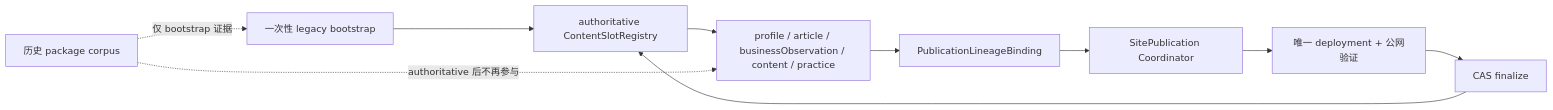
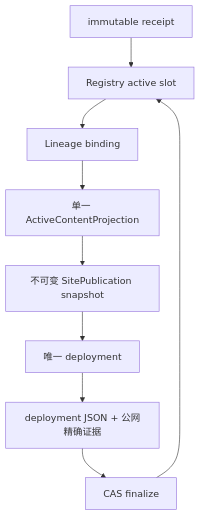
One commit to Chizheng4/xingbuild changed the second of 2 diagrams in docs/iterations/current.md. Above: the diagram before and after it, drawn with Mermaid. The commit also changed other lines of this file and 11 other files, not shown here.

Commit message:
fix: unify receipt and active content projection identity

````diff
--- a/docs/iterations/current.md
+++ b/docs/iterations/current.md
@@ -17,12 +32,11 @@
 ```mermaid
-flowchart LR
-    A[一次性 legacy bootstrap] --> B[authoritative ContentSlotRegistry]
-    B --> C[profile / article / businessObservation / content / practice]
-    C --> D[PublicationLineageBinding]
-    D --> E[SitePublication Coordinator]
-    E --> F[唯一 deployment + 公网验证]
-    F --> G[CAS finalize]
-    G --> B
-    H[历史 package corpus] -.仅 bootstrap 证据.-> A
-    H -.authoritative 后不再参与.-> C
+flowchart TD
+    A[immutable receipt] --> B[Registry active slot]
+    B --> C[Lineage binding]
+    C --> D[单一 ActiveContentProjection]
+    D --> E[不可变 SitePublication snapshot]
+    E --> F[唯一 deployment]
+    F --> G[deployment JSON + 公网精确证据]
+    G --> H[CAS finalize]
+    H --> B
 ```
````
